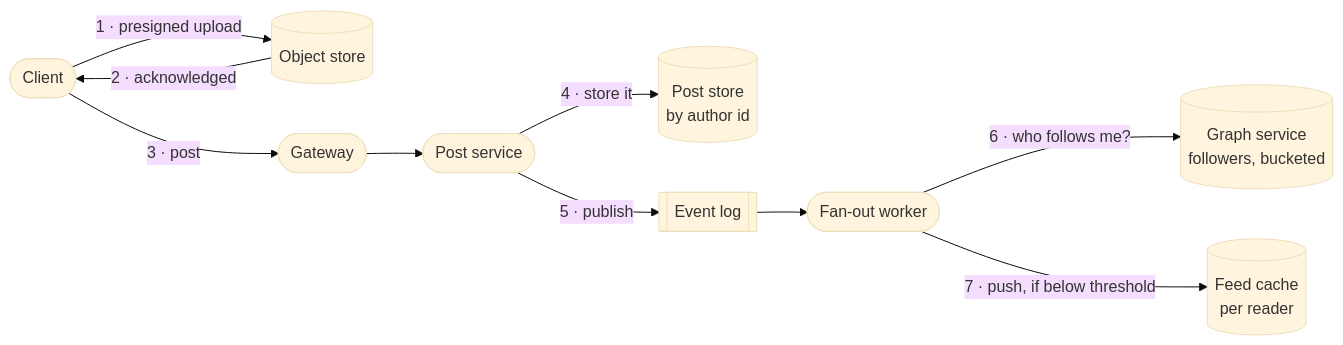
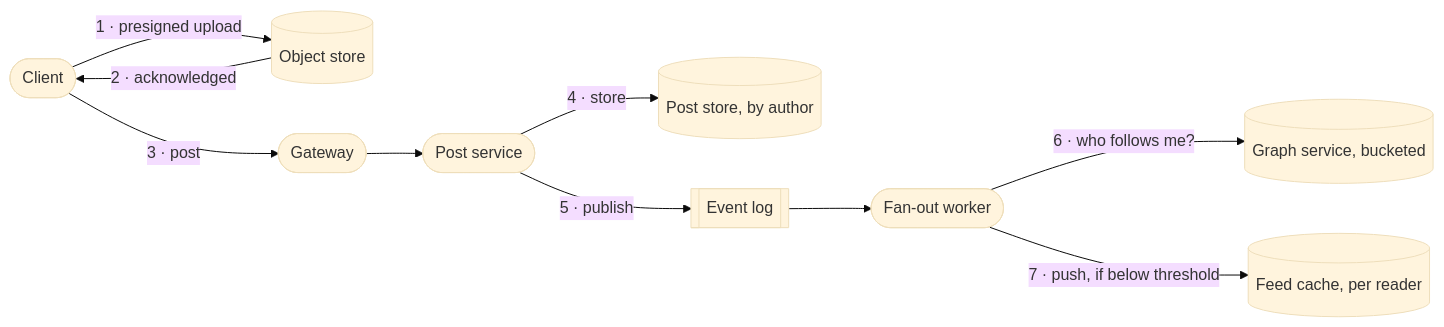
Diagram 28 of 32 in examples/system-design-foundations.md (Laticent/lattice), drawn with Mermaid (base theme) before and after one commit. The commit also changed other lines of this file and 2 other files, not shown here.

````diff
--- a/examples/system-design-foundations.md
+++ b/examples/system-design-foundations.md
@@ -2774,11 +2857,11 @@
 ```mermaid
 flowchart LR
   C(["Client"]) -->|"1 · presigned upload"| OS[("Object store")]
   OS -->|"2 · acknowledged"| C
   C -->|"3 · post"| API(["Gateway"]) --> W(["Post service"])
-  W -->|"4 · store it"| PDB[("Post store<br/>by author id")]
+  W -->|"4 · store"| PDB[("Post store, by author")]
   W -->|"5 · publish"| Q[["Event log"]]
   Q --> FAN(["Fan-out worker"])
-  FAN -->|"6 · who follows me?"| GS[("Graph service<br/>followers, bucketed")]
-  FAN -->|"7 · push, if below threshold"| FC[("Feed cache<br/>per reader")]
+  FAN -->|"6 · who follows me?"| GS[("Graph service, bucketed")]
+  FAN -->|"7 · push, if below threshold"| FC[("Feed cache, per reader")]
 ```
````
